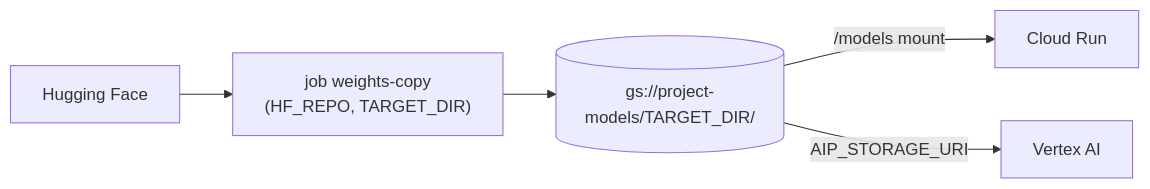
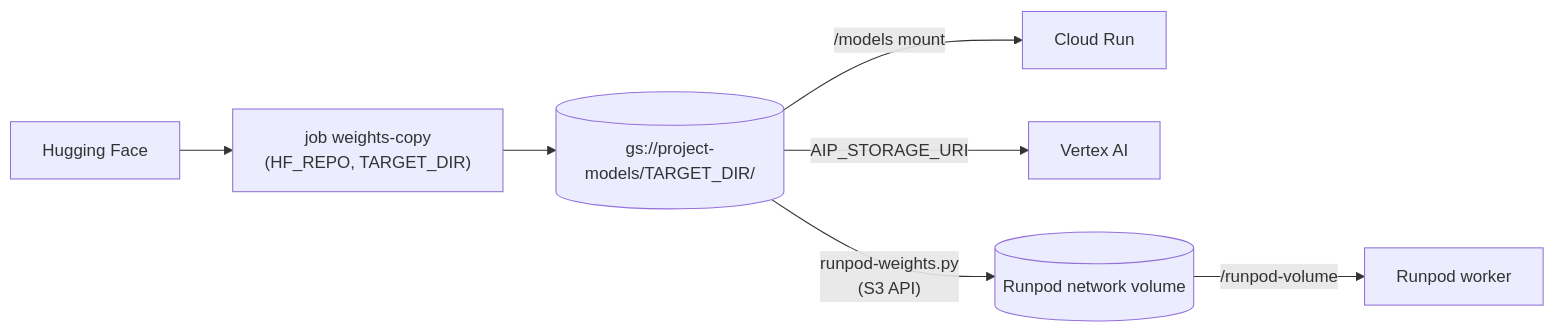
Before and after one commit to koval-yurko/custom-models-inference: the second of 2 diagrams in docs/README.md, drawn with Mermaid. The commit also changed other lines of this file and 123 other files, not shown here.

````diff
--- a/docs/README.md
+++ b/docs/README.md
@@ -47,7 +47,9 @@
 ```mermaid
 flowchart LR
     HF["Hugging Face"] --> J["job weights-copy<br/>(HF_REPO, TARGET_DIR)"]
     J --> B[("gs://project-models/TARGET_DIR/")]
     B -->|"/models mount"| CR["Cloud Run"]
     B -->|"AIP_STORAGE_URI"| VX["Vertex AI"]
+    B -->|"runpod-weights.py<br/>(S3 API)"| NV[("Runpod network volume")]
+    NV -->|"/runpod-volume"| RP["Runpod worker"]
 ```
````
